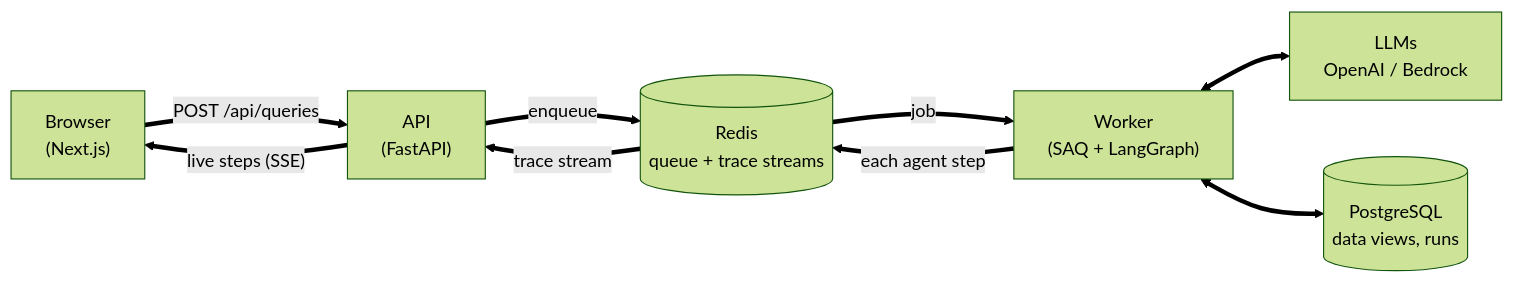
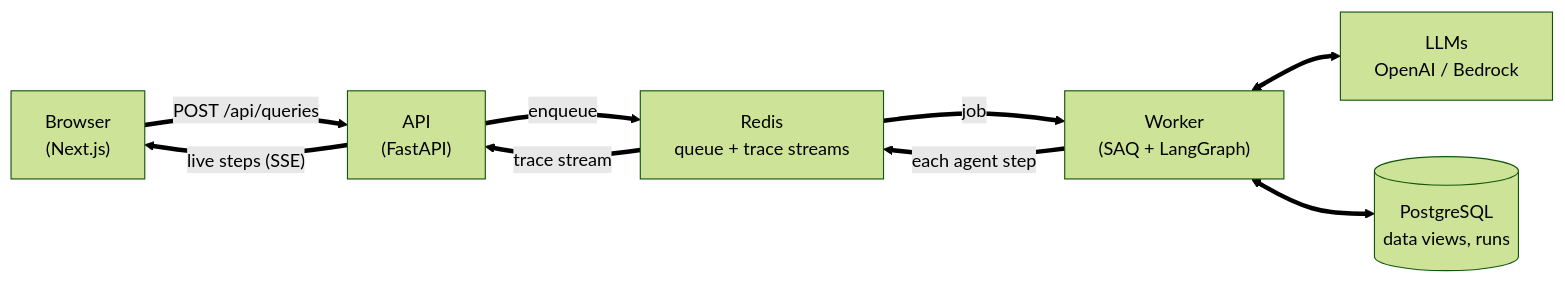
Before and after one commit to isteven/agentic-data-analysis: the first of 2 diagrams in README.md, drawn with Mermaid (forest theme).

````diff
--- a/README.md
+++ b/README.md
@@ -13,12 +13,12 @@
 ```mermaid
 flowchart LR
     B["Browser<br/>(Next.js)"] -- "POST /api/queries" --> A["API<br/>(FastAPI)"]
-    A -- enqueue --> R[("Redis<br/>queue + trace streams")]
+    A -- enqueue --> R["Redis<br/>queue + trace streams"]
     R -- job --> W["Worker<br/>(SAQ + LangGraph)"]
     W -- "each agent step" --> R
     R -- "trace stream" --> A
     W <--> L["LLMs<br/>OpenAI / Bedrock"]
     W <--> P[("PostgreSQL<br/>data views, runs")]
     A -- "live steps (SSE)" --> B
     linkStyle default stroke-width:4px
 ```
````
